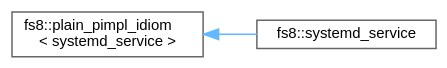
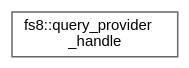
The diagram in api/inherit_graph_85.dot (the-moisrex/foresight), drawn with Graphviz before and after one commit. The commit also changed 320 other files, not shown here.

```diff
--- a/api/inherit_graph_85.dot
+++ b/api/inherit_graph_85.dot
@@ -1,11 +1,9 @@
 digraph "Graphical Class Hierarchy"
 {
  // LATEX_PDF_SIZE
   bgcolor="transparent";
   edge [fontname=Helvetica,fontsize=10,labelfontname=Helvetica,labelfontsize=10];
   node [fontname=Helvetica,fontsize=10,shape=box,height=0.2,width=0.4];
   rankdir="LR";
-  Node0 [id="Node000000",label="fs8::plain_pimpl_idiom\l\< systemd_service \>",height=0.2,width=0.4,color="grey40", fillcolor="white", style="filled",URL="$structfs8_1_1plain__pimpl__idiom.html",tooltip=" "];
-  Node0 -> Node1 [id="edge90_Node000000_Node000001",dir="back",color="steelblue1",style="solid",tooltip=" "];
-  Node1 [id="Node000001",label="fs8::systemd_service",height=0.2,width=0.4,color="grey40", fillcolor="white", style="filled",URL="$structfs8_1_1systemd__service.html",tooltip=" "];
+  Node0 [id="Node000000",label="fs8::query_provider\l_handle",height=0.2,width=0.4,color="grey40", fillcolor="white", style="filled",URL="$structfs8_1_1query__provider__handle.html",tooltip=" "];
 }
```
